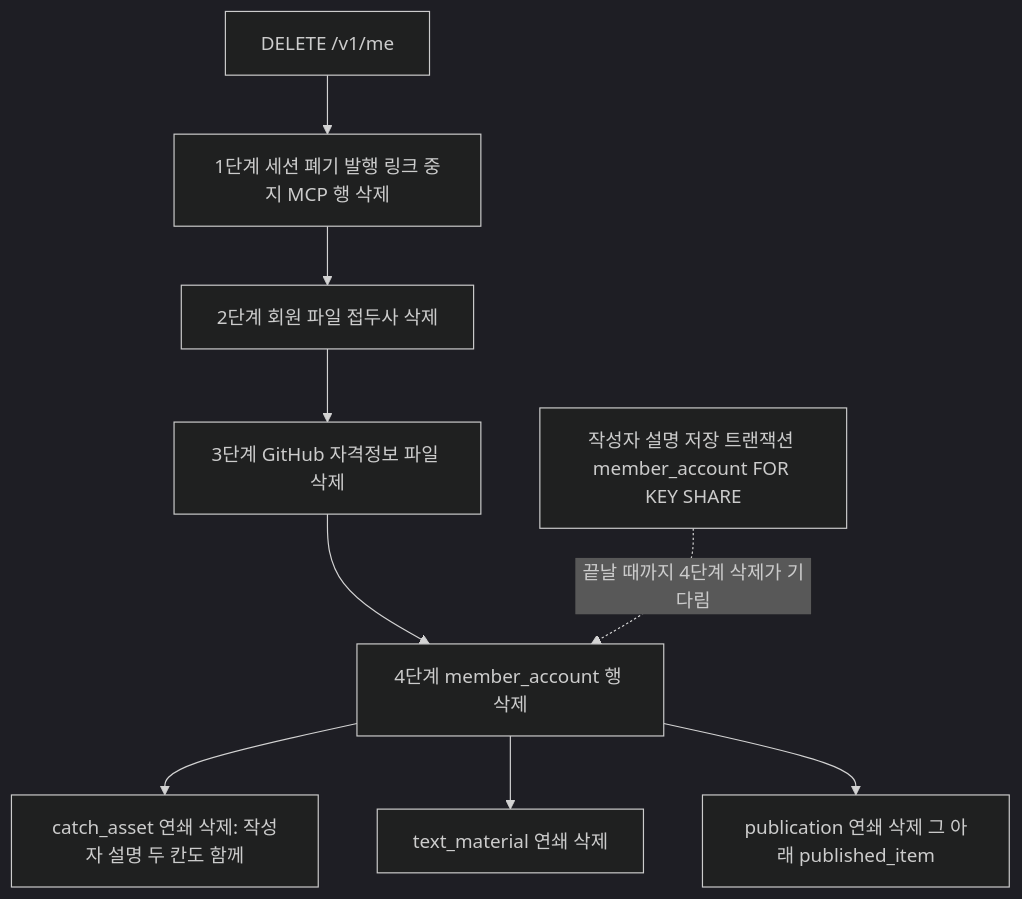
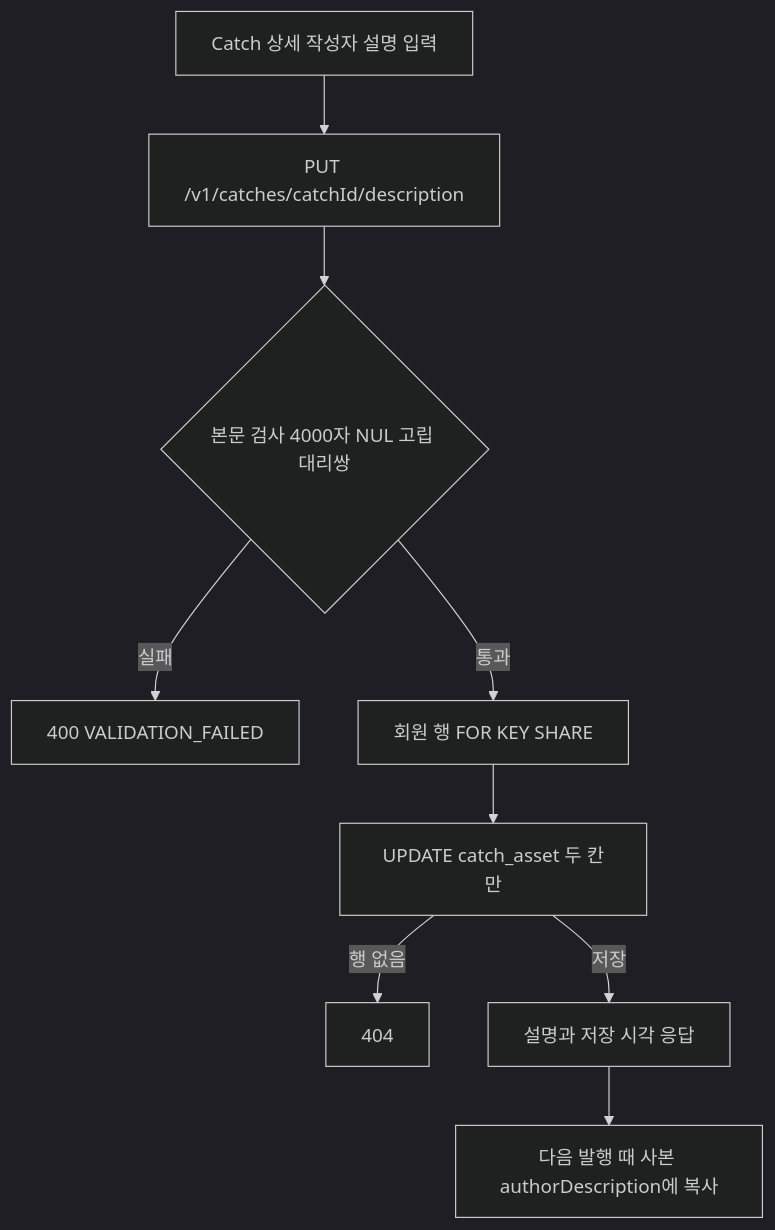
The fourth of 4 diagrams in aidlc/spaces/default/codekb/CatchU/architecture.md (JminAILab/CatchU), drawn with Mermaid (dark theme) before and after one commit. The commit also changed other lines of this file and 12 other files, not shown here.

````diff
--- a/aidlc/spaces/default/codekb/CatchU/architecture.md
+++ b/aidlc/spaces/default/codekb/CatchU/architecture.md
@@ -261,11 +184,11 @@
 ```mermaid
 flowchart TD
-  A["DELETE /v1/me"] --> B["1단계 세션 폐기 발행 링크 중지 MCP 행 삭제"]
-  B --> C["2단계 회원 파일 접두사 삭제"]
-  C --> D["3단계 GitHub 자격정보 파일 삭제"]
-  D --> E["4단계 member_account 행 삭제"]
-  E --> F["catch_asset 연쇄 삭제: 작성자 설명 두 칸도 함께"]
-  E --> G["text_material 연쇄 삭제"]
-  E --> H["publication 연쇄 삭제 그 아래 published_item"]
-  S["작성자 설명 저장 트랜잭션 member_account FOR KEY SHARE"] -.->|"끝날 때까지 4단계 삭제가 기다림"| E
+  A["Catch 상세 작성자 설명 입력"] --> B["PUT /v1/catches/catchId/description"]
+  B --> C{"본문 검사 4000자 NUL 고립 대리쌍"}
+  C -->|"실패"| E["400 VALIDATION_FAILED"]
+  C -->|"통과"| D["회원 행 FOR KEY SHARE"]
+  D --> F["UPDATE catch_asset 두 칸만"]
+  F -->|"행 없음"| G["404"]
+  F -->|"저장"| H["설명과 저장 시각 응답"]
+  H --> I["다음 발행 때 사본 authorDescription에 복사"]
 ```
````
